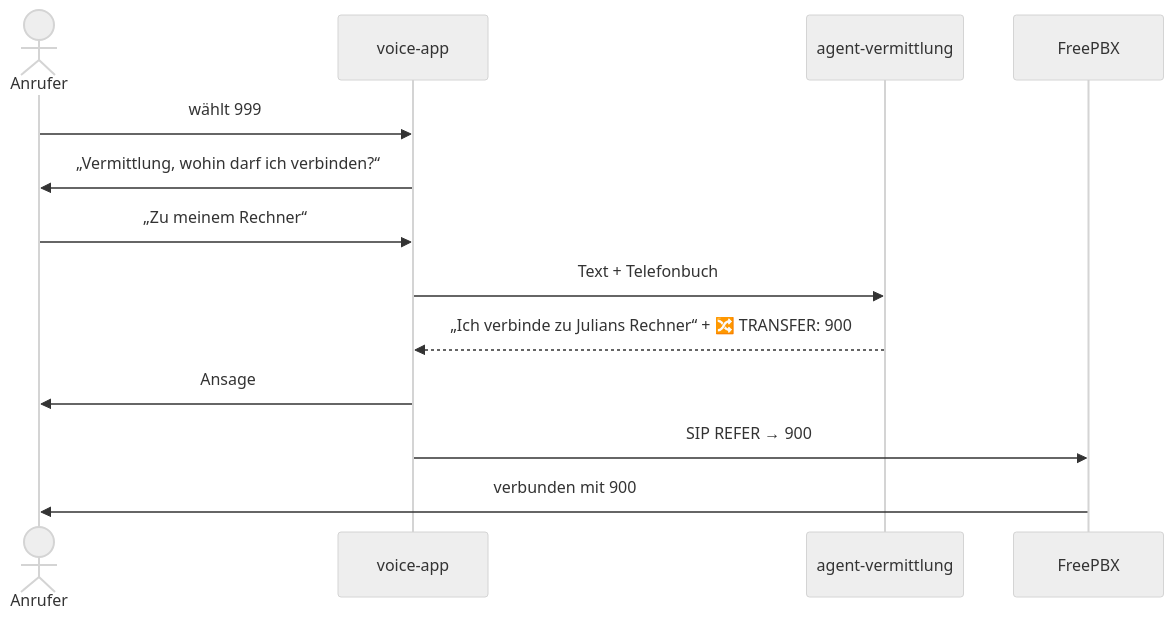
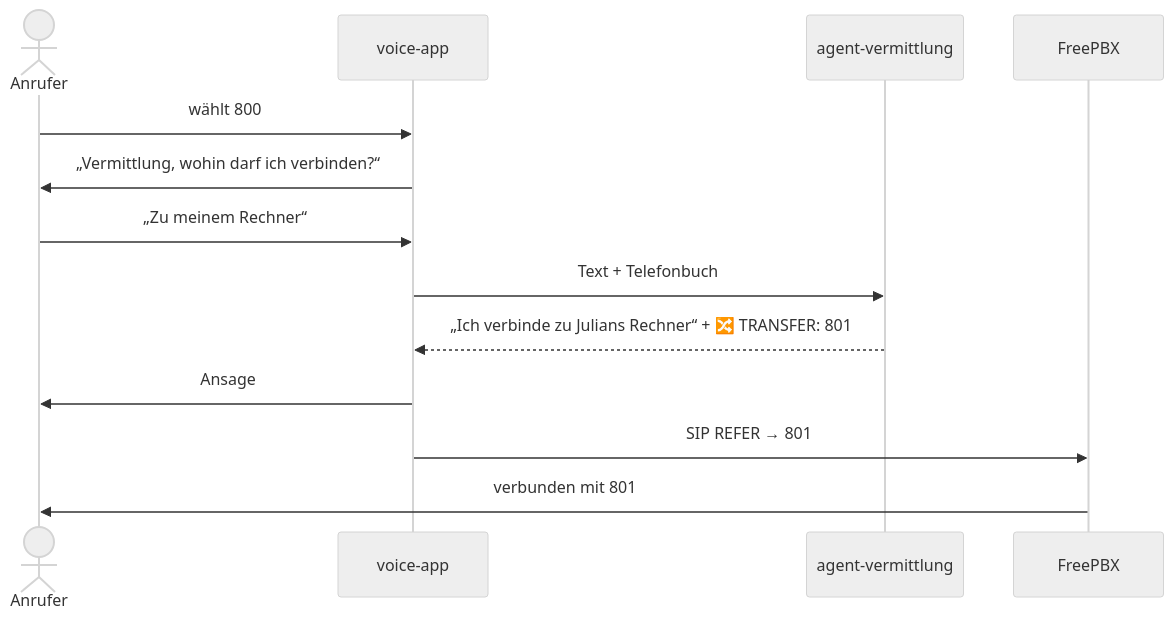
Before and after one commit to dajuly20/claude-phone-freepbx: the second of 4 diagrams in README.md, drawn with Mermaid (neutral theme). The commit also changed other lines of this file and 5 other files, not shown here.

````diff
--- a/README.md
+++ b/README.md
@@ -73,15 +73,15 @@
 ```mermaid
 sequenceDiagram
     actor A as Anrufer
     participant V as voice-app
     participant C as agent-vermittlung
     participant P as FreePBX
-    A->>V: wählt 999
+    A->>V: wählt 800
     V->>A: „Vermittlung, wohin darf ich verbinden?“
     A->>V: „Zu meinem Rechner“
     V->>C: Text + Telefonbuch
-    C-->>V: „Ich verbinde zu Julians Rechner“ + 🔀 TRANSFER: 900
+    C-->>V: „Ich verbinde zu Julians Rechner“ + 🔀 TRANSFER: 801
     V->>A: Ansage
-    V->>P: SIP REFER → 900
-    P->>A: verbunden mit 900
+    V->>P: SIP REFER → 801
+    P->>A: verbunden mit 801
 ```
````
